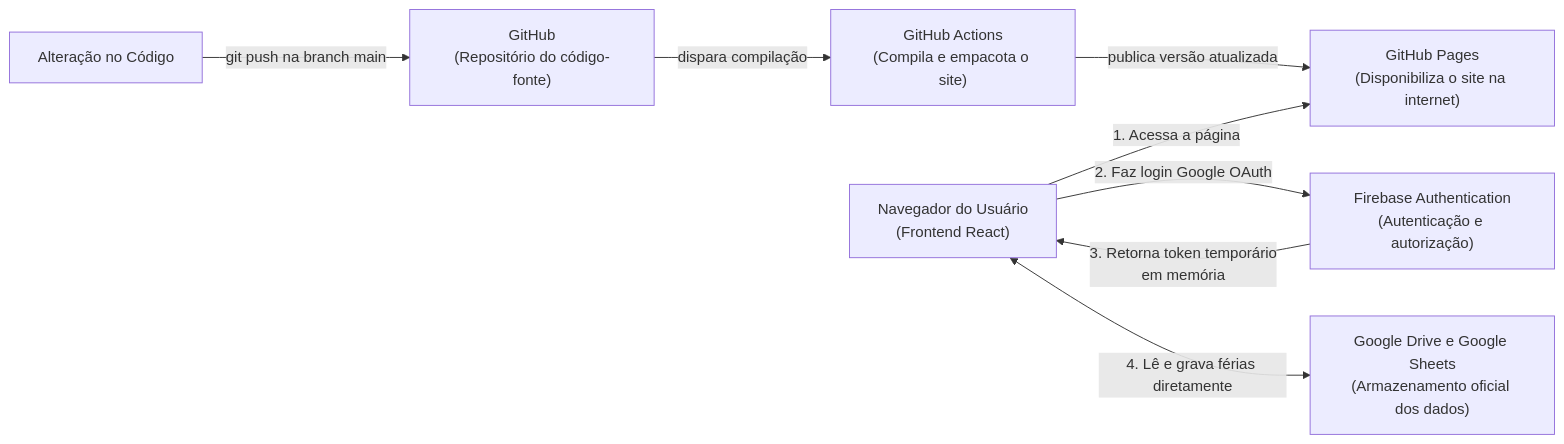
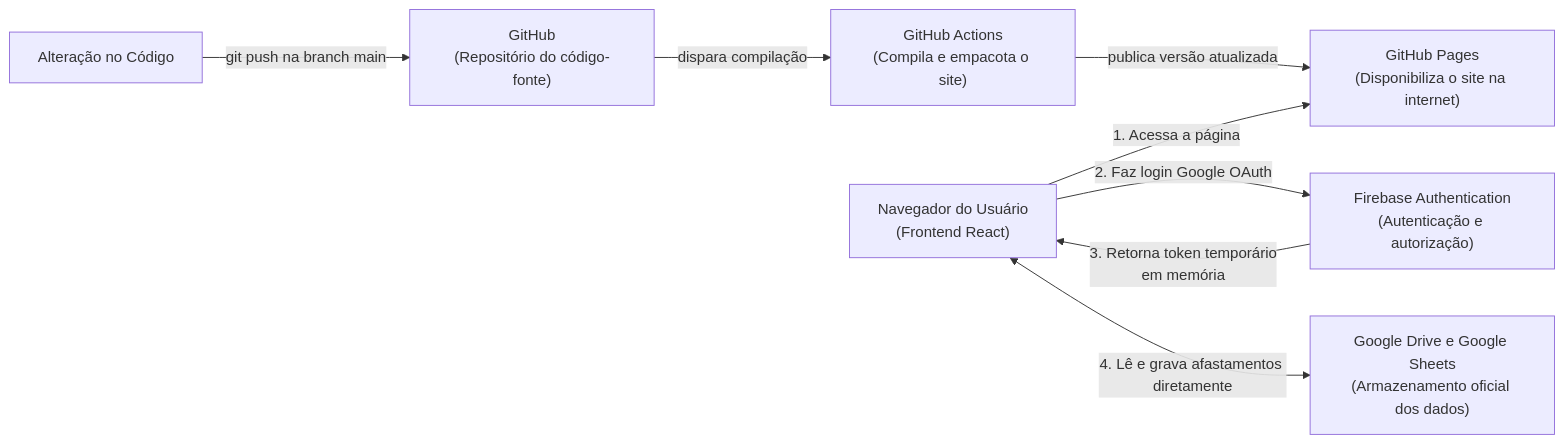
The diagram in README.md (blz-Beluzzo/Gestao-de-afastamentos-cpp-joinville), drawn with Mermaid before and after one commit. The commit also changed other lines of this file, not shown here.

````diff
--- a/README.md
+++ b/README.md
@@ -13,11 +13,11 @@
 ```mermaid
 flowchart LR
     Dev["Alteração no Código"] -->|git push na branch main| GH["GitHub<br/>(Repositório do código-fonte)"]
     GH -->|dispara compilação| GHA["GitHub Actions<br/>(Compila e empacota o site)"]
     GHA -->|publica versão atualizada| GHP["GitHub Pages<br/>(Disponibiliza o site na internet)"]
 
     User["Navegador do Usuário<br/>(Frontend React)"] -->|1. Acessa a página| GHP
     User -->|2. Faz login Google OAuth| FB["Firebase Authentication<br/>(Autenticação e autorização)"]
     FB -->|3. Retorna token temporário<br/>em memória| User
-    User <-->|4. Lê e grava férias diretamente| GS["Google Drive e Google Sheets<br/>(Armazenamento oficial dos dados)"]
+    User <-->|4. Lê e grava afastamentos diretamente| GS["Google Drive e Google Sheets<br/>(Armazenamento oficial dos dados)"]
 ```
````
